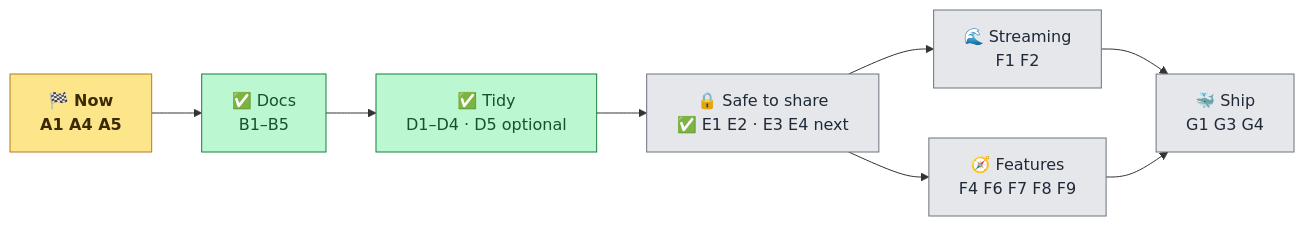
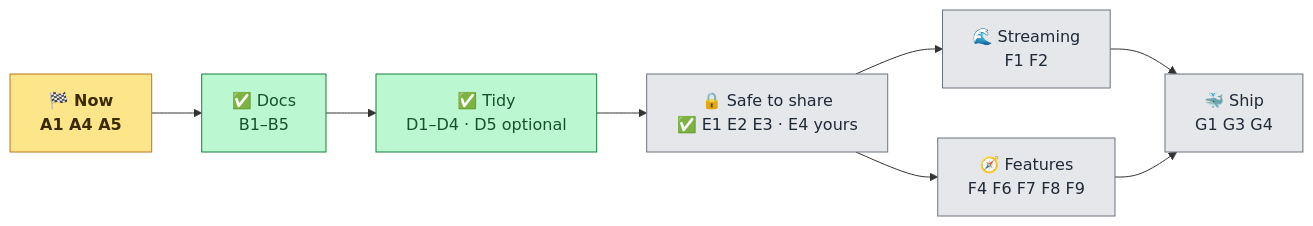
The third of 3 diagrams in BACKEND_STATUS.md (anurag-joshi-1403/Multi-Agent-AI-Platform), drawn with Mermaid before and after one commit. The commit also changed other lines of this file and 2 other files, not shown here.

````diff
--- a/BACKEND_STATUS.md
+++ b/BACKEND_STATUS.md
@@ -212,15 +215,15 @@
 ```mermaid
 flowchart LR
     classDef now fill:#fde68a,stroke:#b7791f,color:#3a2a05,font-weight:bold
     classDef later fill:#e5e7eb,stroke:#6b7280,color:#1f2937
     classDef done fill:#bbf7d0,stroke:#15803d,color:#14532d
     N["🏁 Now<br/>A1 A4 A5"] --> DOC["✅ Docs<br/>B1–B5"] --> HK["✅ Tidy<br/>D1–D4 · D5 optional"]
-    HK --> SAFE["🔒 Safe to share<br/>✅ E1 E2 · E3 E4 next"]
+    HK --> SAFE["🔒 Safe to share<br/>✅ E1 E2 E3 · E4 yours"]
     SAFE --> STR["🌊 Streaming<br/>F1 F2"]
     SAFE --> MORE["🧭 Features<br/>F4 F6 F7 F8 F9"]
     STR --> SHIP["🐳 Ship<br/>G1 G3 G4"]
     MORE --> SHIP
     class N now
     class DOC,HK done
     class SAFE,STR,MORE,SHIP later
 ```
````
